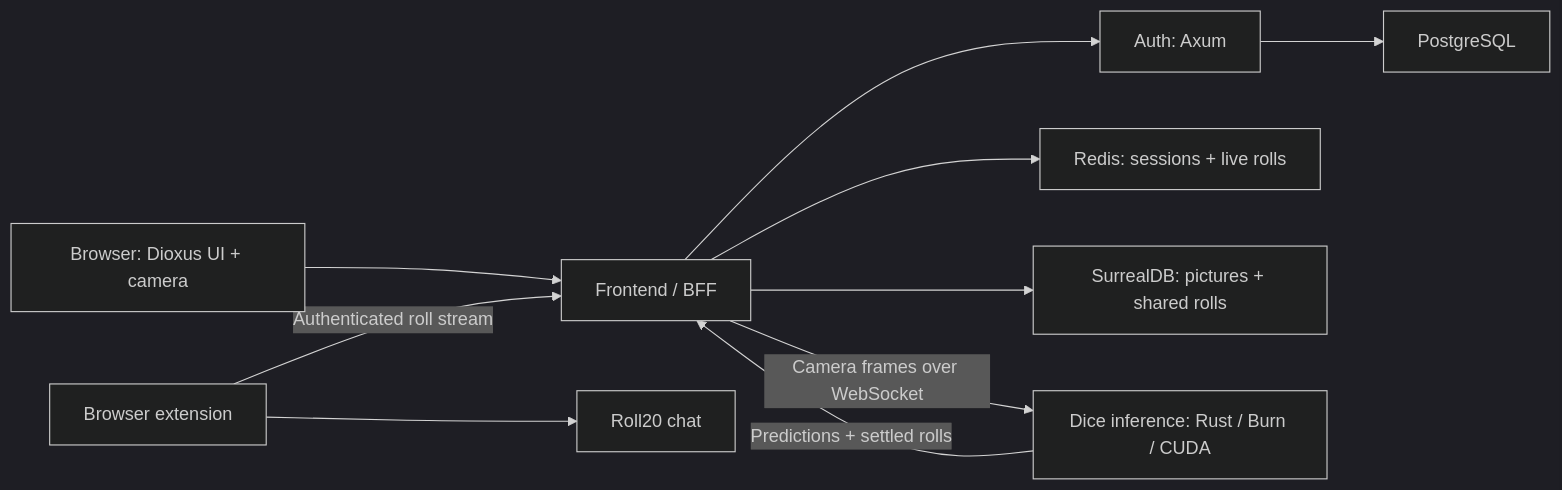
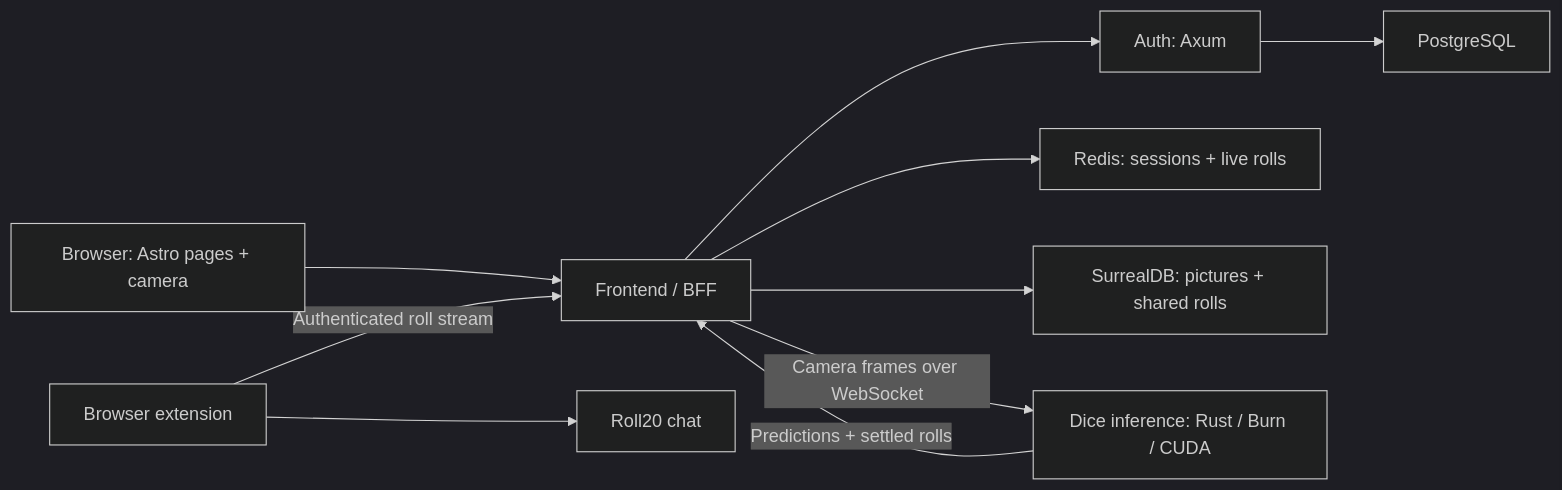
Before and after one commit to MilesStorm/website: the diagram in README.MD, drawn with Mermaid (dark theme). The commit also changed other lines of this file and 2 other files, not shown here.

Commit message:
docs: running the site locally without Dioxus (auth, the server and astro dev, what dev mode lacks, the built loop), the checks, ENV.md and TRACING.md for the Astro pages and the crates/ layout

````diff
--- a/README.MD
+++ b/README.MD
@@ -19,12 +19,12 @@
 ```mermaid
 flowchart LR
-    Browser["Browser: Dioxus UI + camera"] --> Frontend["Frontend / BFF"]
+    Browser["Browser: Astro pages + camera"] --> Frontend["Frontend / BFF"]
     Frontend --> Auth["Auth: Axum"]
     Auth --> Postgres["PostgreSQL"]
     Frontend --> Redis["Redis: sessions + live rolls"]
     Frontend --> Surreal["SurrealDB: pictures + shared rolls"]
     Frontend -->|"Camera frames over WebSocket"| AI["Dice inference: Rust / Burn / CUDA"]
     AI -->|"Predictions + settled rolls"| Frontend
     Extension["Browser extension"] -->|"Authenticated roll stream"| Frontend
     Extension --> Roll20["Roll20 chat"]
 ```
````
